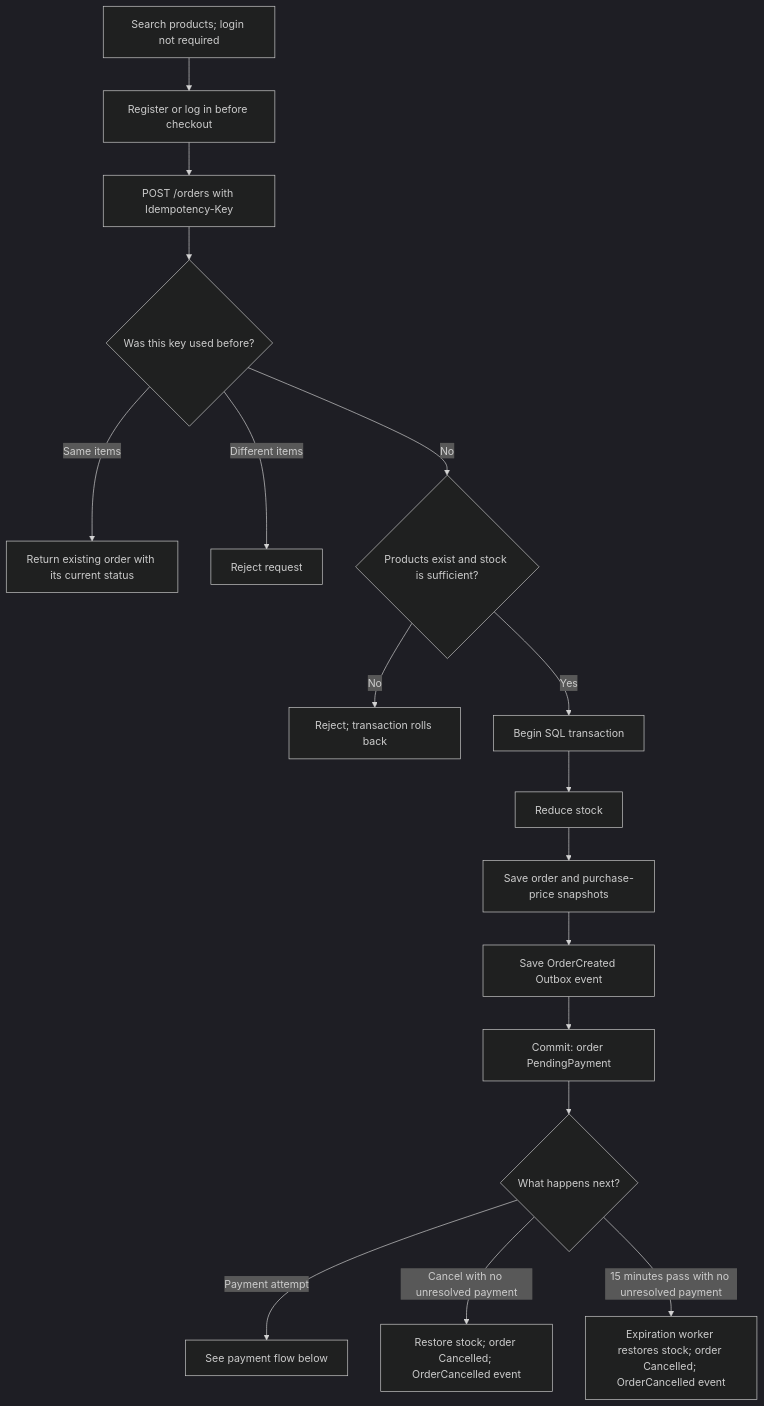
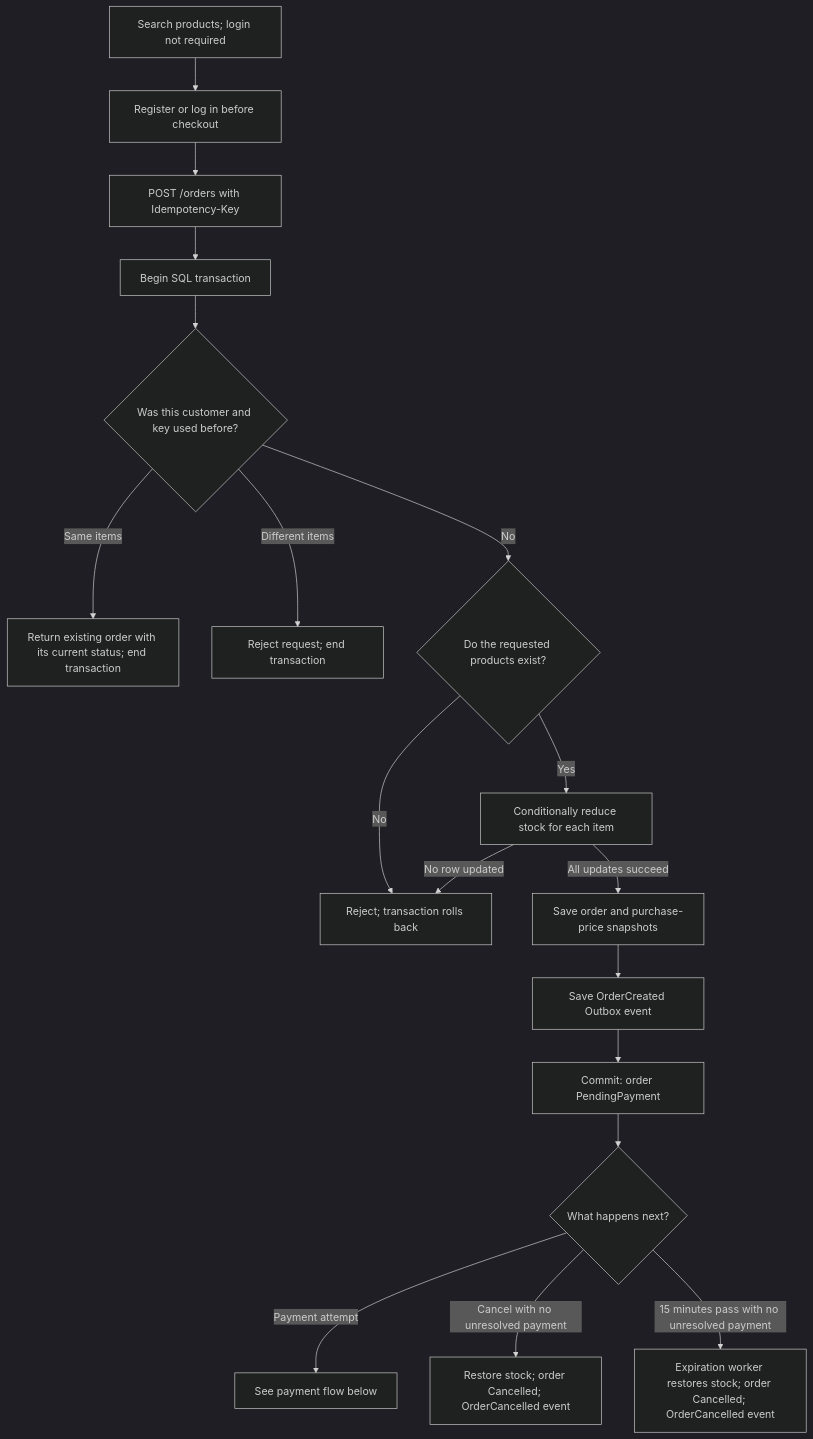
Before and after one commit to turingzhi/ecommerce: the first of 6 diagrams in docs/workflows.md, drawn with Mermaid (dark theme). The commit also changed other lines of this file and 30 other files, not shown here.

````diff
--- a/docs/workflows.md
+++ b/docs/workflows.md
@@ -7,19 +9,20 @@
 ```mermaid
 flowchart TD
     A[Search products; login not required] --> B[Register or log in before checkout]
     B --> C[POST /orders with Idempotency-Key]
-    C --> D{Was this key used before?}
-    D -->|Same items| E[Return existing order with its current status]
-    D -->|Different items| X[Reject request]
-    D -->|No| F{Products exist and stock is sufficient?}
+    C --> T[Begin SQL transaction]
+    T --> D{Was this customer and key used before?}
+    D -->|Same items| E[Return existing order with its current status; end transaction]
+    D -->|Different items| X[Reject request; end transaction]
+    D -->|No| F{Do the requested products exist?}
     F -->|No| Y[Reject; transaction rolls back]
-    F -->|Yes| G[Begin SQL transaction]
-    G --> H[Reduce stock]
-    H --> I[Save order and purchase-price snapshots]
+    F -->|Yes| H[Conditionally reduce stock for each item]
+    H -->|No row updated| Y
+    H -->|All updates succeed| I[Save order and purchase-price snapshots]
     I --> J[Save OrderCreated Outbox event]
     J --> K[Commit: order PendingPayment]
     K --> L{What happens next?}
     L -->|Payment attempt| P[See payment flow below]
     L -->|Cancel with no unresolved payment| M[Restore stock; order Cancelled; OrderCancelled event]
     L -->|15 minutes pass with no unresolved payment| N[Expiration worker restores stock; order Cancelled; OrderCancelled event]
 ```
````
